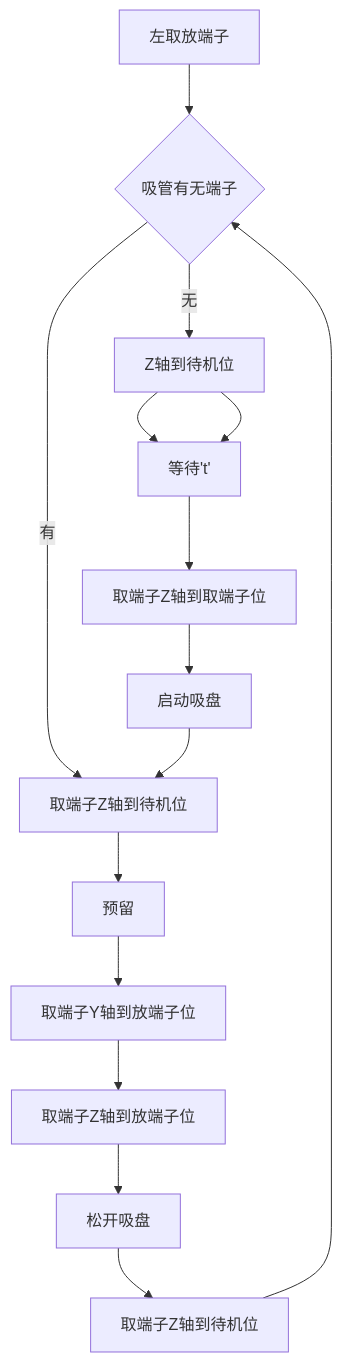
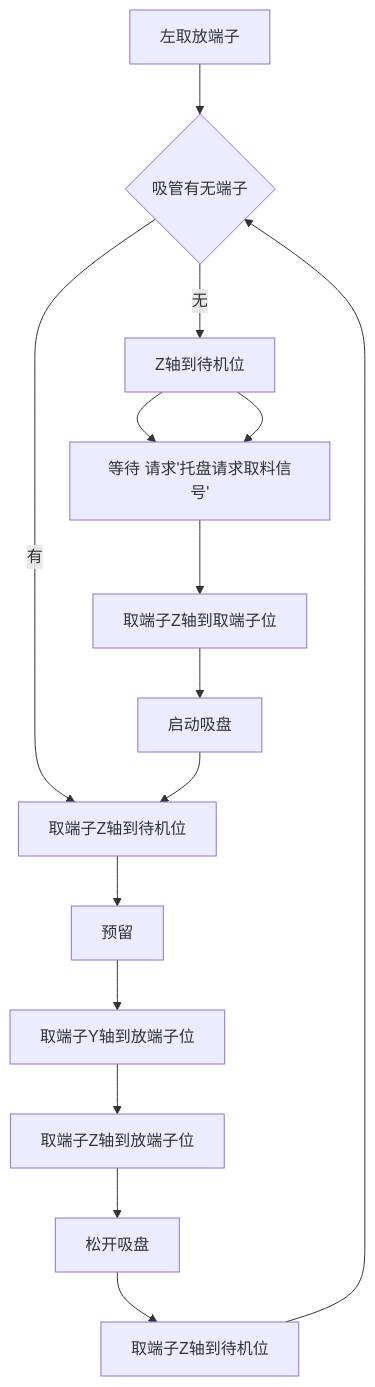
Before and after one commit to zmq000/iodraw-files: the diagram in all/VR-OP90左取放端子.md, drawn with Mermaid.

Commit message:
2026-06-18 11:28:45 update

````diff
--- a/all/VR-OP90左取放端子.md
+++ b/all/VR-OP90左取放端子.md
@@ -1,19 +1,19 @@
 ```mermaid
 graph TD
 0[左取放端子]-->10
 10{吸管有无端子}-->|有|60
 10-->|无|20
 20[取端子Y轴到取端子位]-->30
 30[托盘X轴到取端子位]-->40
 40[取端子Z轴到取端子位]-->50
 50[启动吸盘]-->60
 60[取端子Z轴到待机位]-->70
 70[预留]-->80
 80[取端子Y轴到放端子位]-->90
 90[取端子Z轴到放端子位]-->100
 100[松开吸盘]-->110
 110[取端子Z轴到待机位]-->10
 
 20[Z轴到待机位]-->30
-30[等待't']
+30[等待 请求'托盘请求取料信号']
 ```
````
